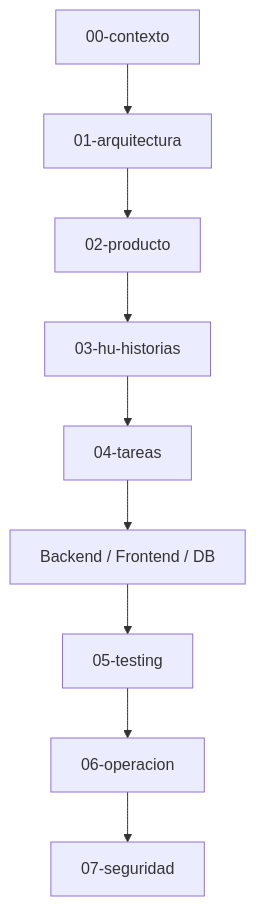
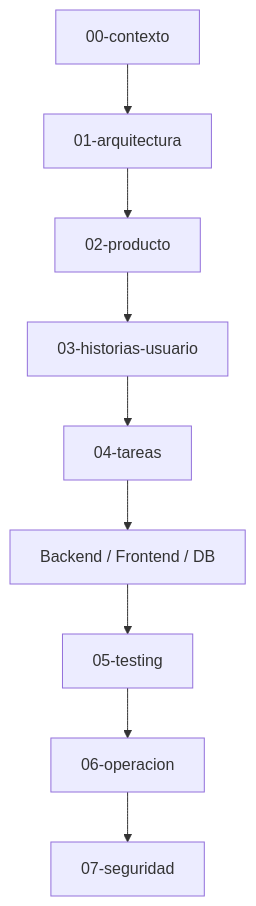
The second of 4 diagrams in docs/00-contexto/04-mapa-visual-erp.md (paqsystems/PaqSuite-IA-TANGO), drawn with Mermaid before and after one commit. The commit also changed 89 other files, not shown here.

````diff
--- a/docs/00-contexto/04-mapa-visual-erp.md
+++ b/docs/00-contexto/04-mapa-visual-erp.md
@@ -39,12 +39,12 @@
 ```mermaid
 flowchart TD
 
 A[00-contexto] --> B[01-arquitectura]
 B --> C[02-producto]
-C --> D[03-hu-historias]
+C --> D[03-historias-usuario]
 D --> E[04-tareas]
 E --> F[Backend / Frontend / DB]
 F --> G[05-testing]
 G --> H[06-operacion]
 H --> I[07-seguridad]
 ```
````
